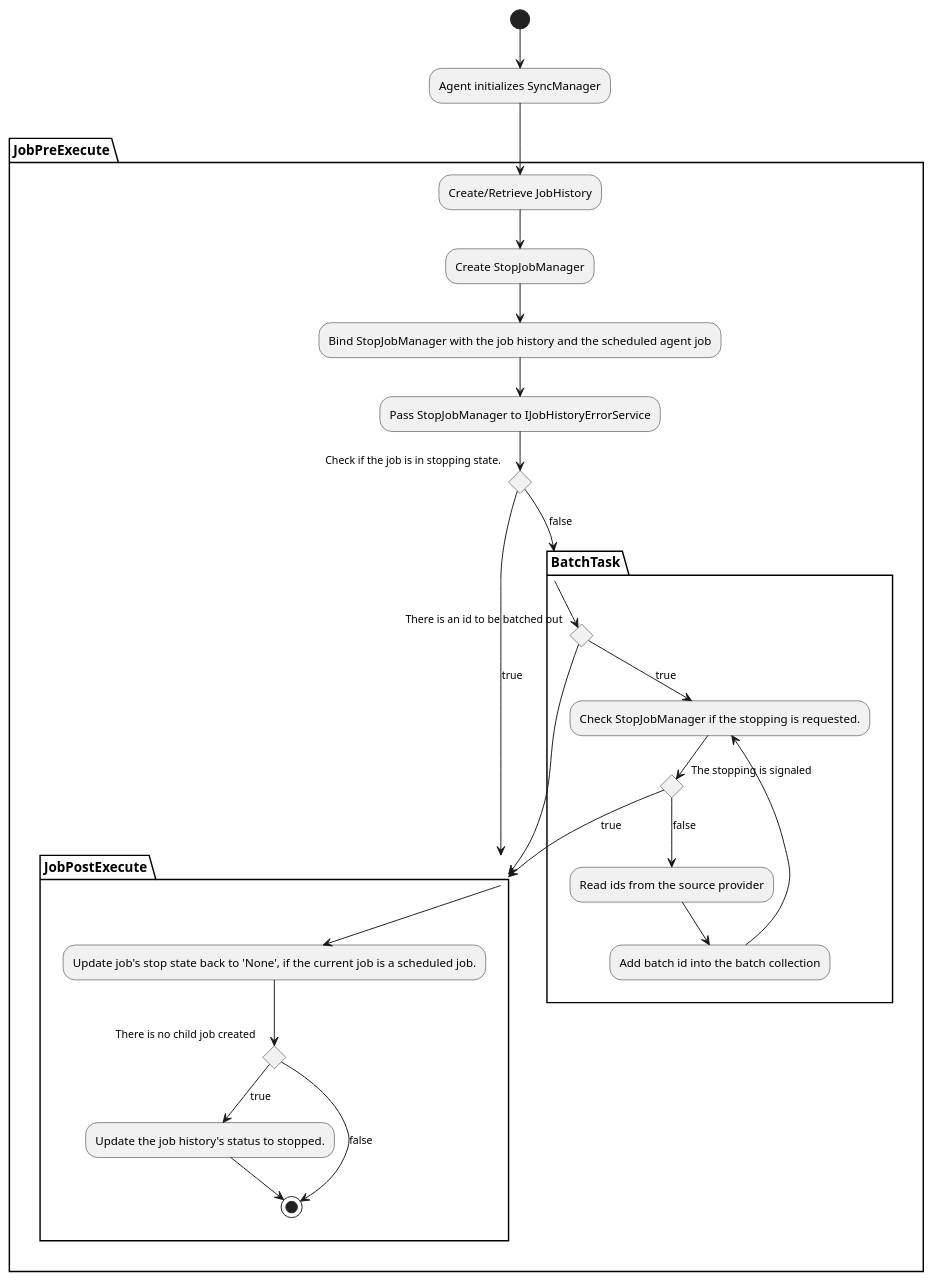
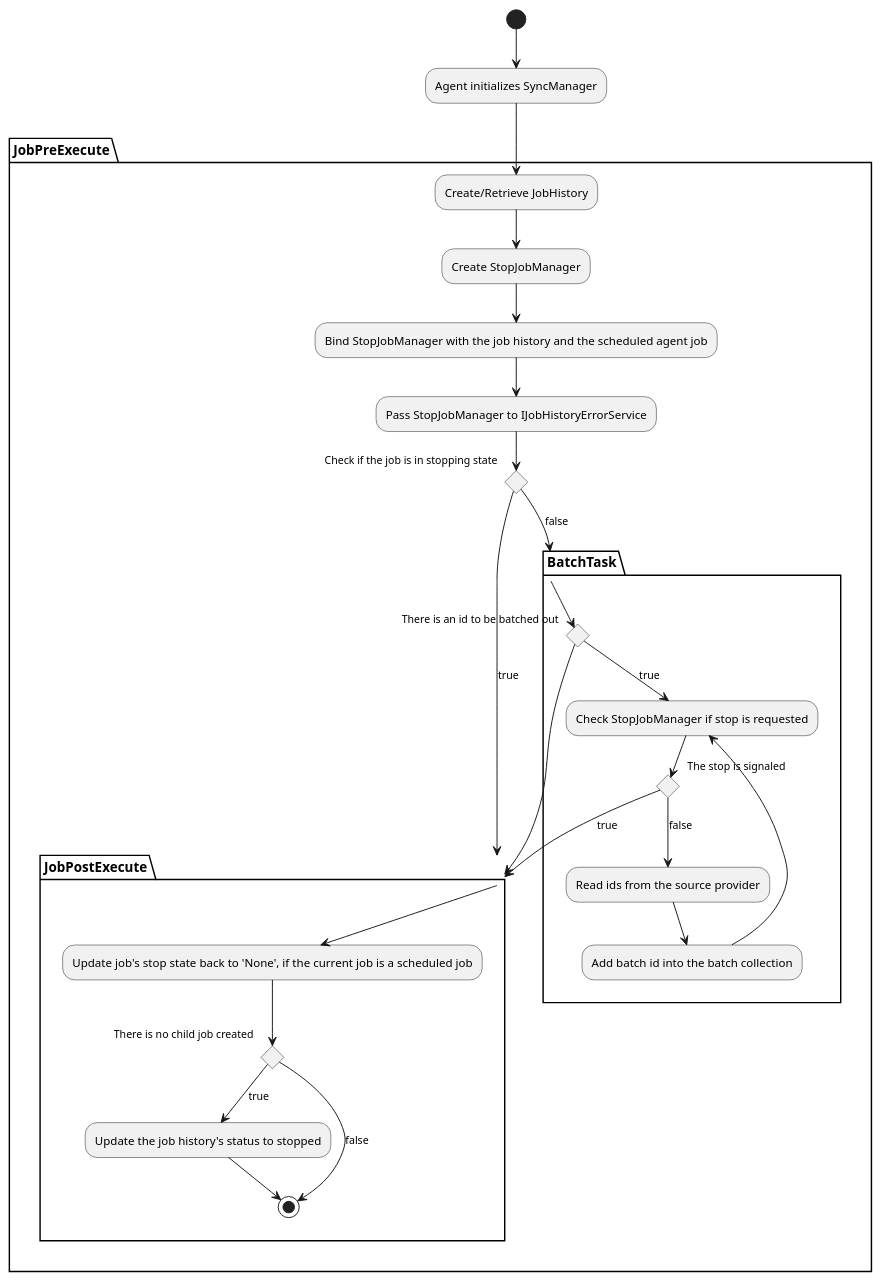
The diagram in documentation/Stop/SyncManager.pu (relativityone/server-integrationpoints-integrationpoints), drawn with PlantUML before and after one commit. The commit also changed 4 other files, not shown here.

Commit message:
Updated Stop diagrams' grammar and wording.

```diff
--- a/documentation/Stop/SyncManager.pu
+++ b/documentation/Stop/SyncManager.pu
@@ -1,44 +1,44 @@
 	 @startuml
 skinparam activity {
  BackgroundColor<< Error >> #ff6666
 }
 
 (*) --> "Agent initializes SyncManager"
 partition JobPreExecute {
  --> "Create/Retrieve JobHistory"
  --> "Create StopJobManager"
  --> "Bind StopJobManager with the job history and the scheduled agent job"
  --> "Pass StopJobManager to IJobHistoryErrorService"
- if "Check if the job is in stopping state." then
+ if "Check if the job is in stopping state" then
 	--> [true] JobPostExecute 
  else
    --> [false] BatchTask 
  endif
 }
 
 partition BatchTask {
 if "There is an id to be batched out"  then
-	--> [true] "Check StopJobManager if the stopping is requested."
-	if "The stopping is signaled" then
+	--> [true] "Check StopJobManager if stop is requested"
+	if "The stop is signaled" then
 		--> [true] JobPostExecute
 	else
 		--> [false] "Read ids from the source provider"
 		--> "Add batch id into the batch collection"
-        --> "Check StopJobManager if the stopping is requested."
+        --> "Check StopJobManager if stop is requested"
 	end if
 else 
   --> JobPostExecute
 endif
 }
 
 partition JobPostExecute {
---> "Update job's stop state back to 'None', if the current job is a scheduled job."
+--> "Update job's stop state back to 'None', if the current job is a scheduled job"
 if "There is no child job created" then
-	--> [true] "Update the job history's status to stopped."
+	--> [true] "Update the job history's status to stopped"
 	--> (*)
 else 
 	--> [false] (*)
 endif
 }
  
 @enduml
```
